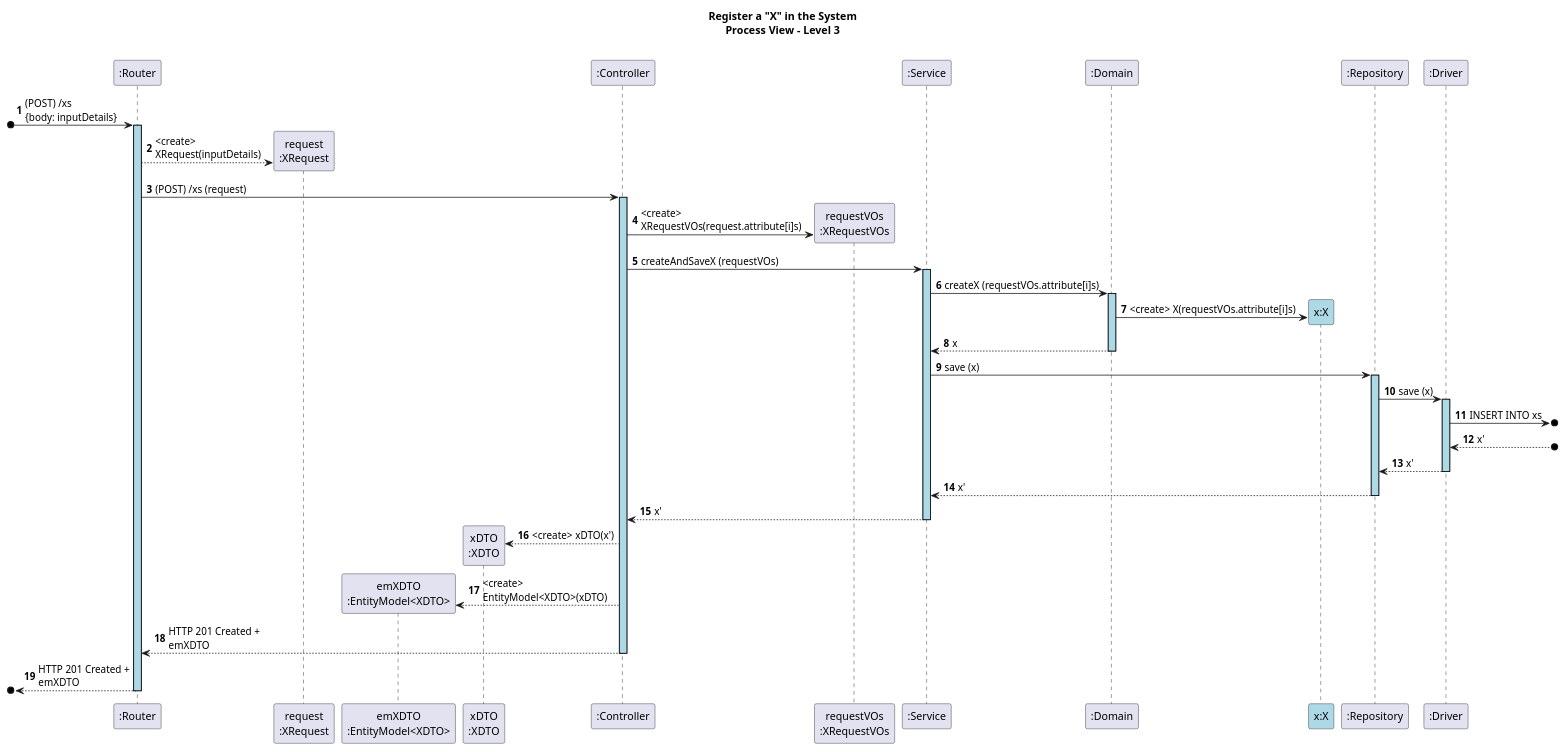
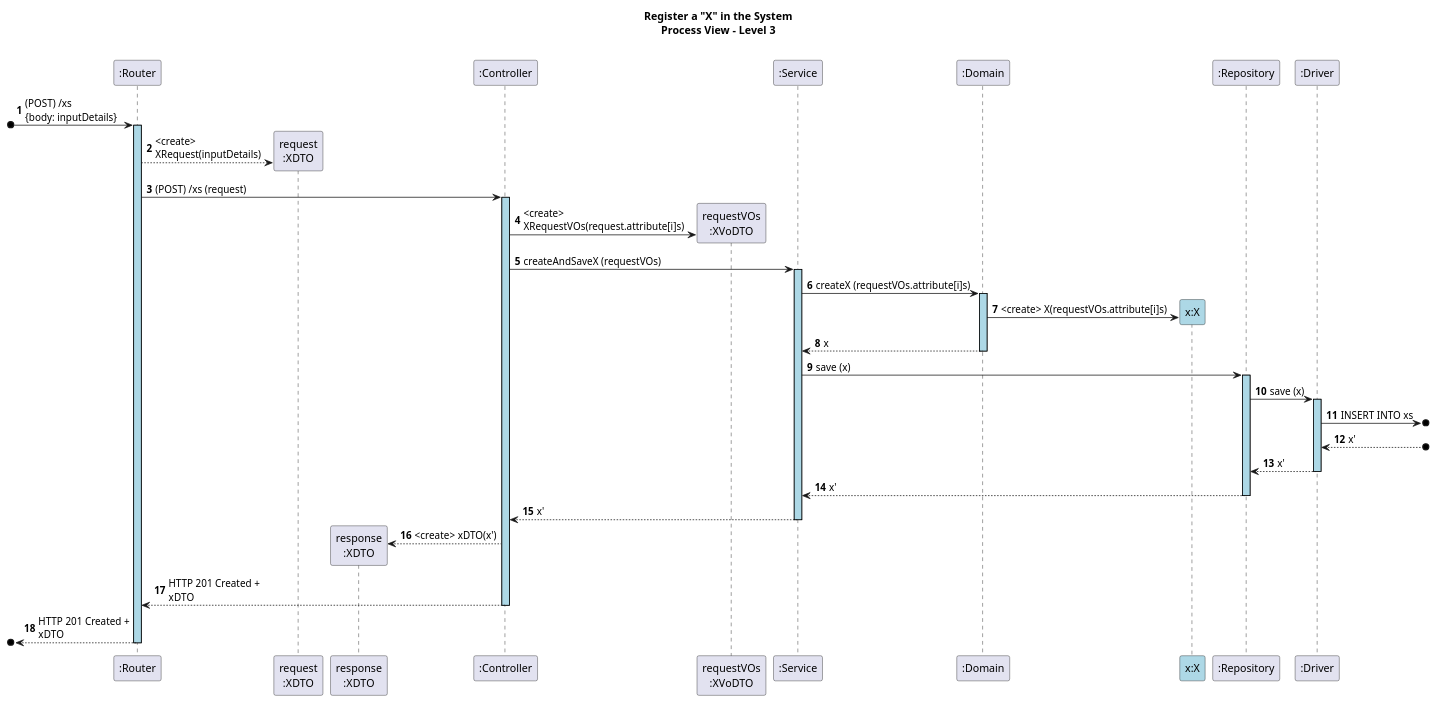
Before and after one commit to GasparISEP/DevOps-PAI: the diagram in docs/US05/sprint7/ProcessView/POST_ProcessView_Level3.puml, drawn with PlantUML. The commit also changed 1 other file, not shown here.

```diff
--- a/docs/US05/sprint7/ProcessView/POST_ProcessView_Level3.puml
+++ b/docs/US05/sprint7/ProcessView/POST_ProcessView_Level3.puml
@@ -1,59 +1,57 @@
 @startuml
 autonumber
 
 skinparam sequence {
     LifelineBorderColor black
     LifelineBackgroundColor LightBlue
     ActorBorderColor black
     ActorBackgroundColor LightGray
     GroupBorderColor #cccccc
     GroupBackgroundColor #f2f2f2
 }
 
 title Register a "X" in the System\nProcess View – Level 3
 
 participant ":Router" as RT
-participant "request\n:XRequest" as request
-participant "emXDTO\n:EntityModel<XDTO>" as emXDTO
-participant "xDTO\n:XDTO" as XDTO
+participant "request\n:XDTO" as request
+participant "response\n:XDTO" as XDTO
 participant ":Controller" as CT
-participant "requestVOs\n:XRequestVOs" as requestVOs
+participant "requestVOs\n:XVoDTO" as requestVOs
 participant ":Service" as SE
 participant ":Domain" as DM
 participant "x:X" as X #lightBlue
 participant ":Repository" as RE
 participant ":Driver" as DV
 
 
 [o-> RT ++: (POST) /xs \n{body: inputDetails}
 RT --> request **: <create> \nXRequest(inputDetails)
 RT -> CT ++: (POST) /xs (request)
 CT -> requestVOs **: <create> \nXRequestVOs(request.attribute[i]s)
 
 
 CT -> SE ++: createAndSaveX (requestVOs)
 
 
 SE -> DM ++: createX (requestVOs.attribute[i]s)
 DM -> X **: <create> X(requestVOs.attribute[i]s)
 DM --> SE --: x
 
 
 
 SE -> RE ++: save (x)
 RE -> DV++: save (x)
 DV ->o]: INSERT INTO xs
 DV <--o]: x'
 DV --> RE -- : x'
 RE --> SE --: x'
 
 
 SE --> CT --: x'
 CT --> XDTO **: <create> xDTO(x')
-CT --> emXDTO **: <create> \nEntityModel<XDTO>(xDTO)
 
-CT --> RT --: HTTP 201 Created + \nemXDTO
-[o<-- RT --: HTTP 201 Created + \nemXDTO
+CT --> RT --: HTTP 201 Created + \nxDTO
+[o<-- RT --: HTTP 201 Created + \nxDTO
 
 
 @enduml
```
